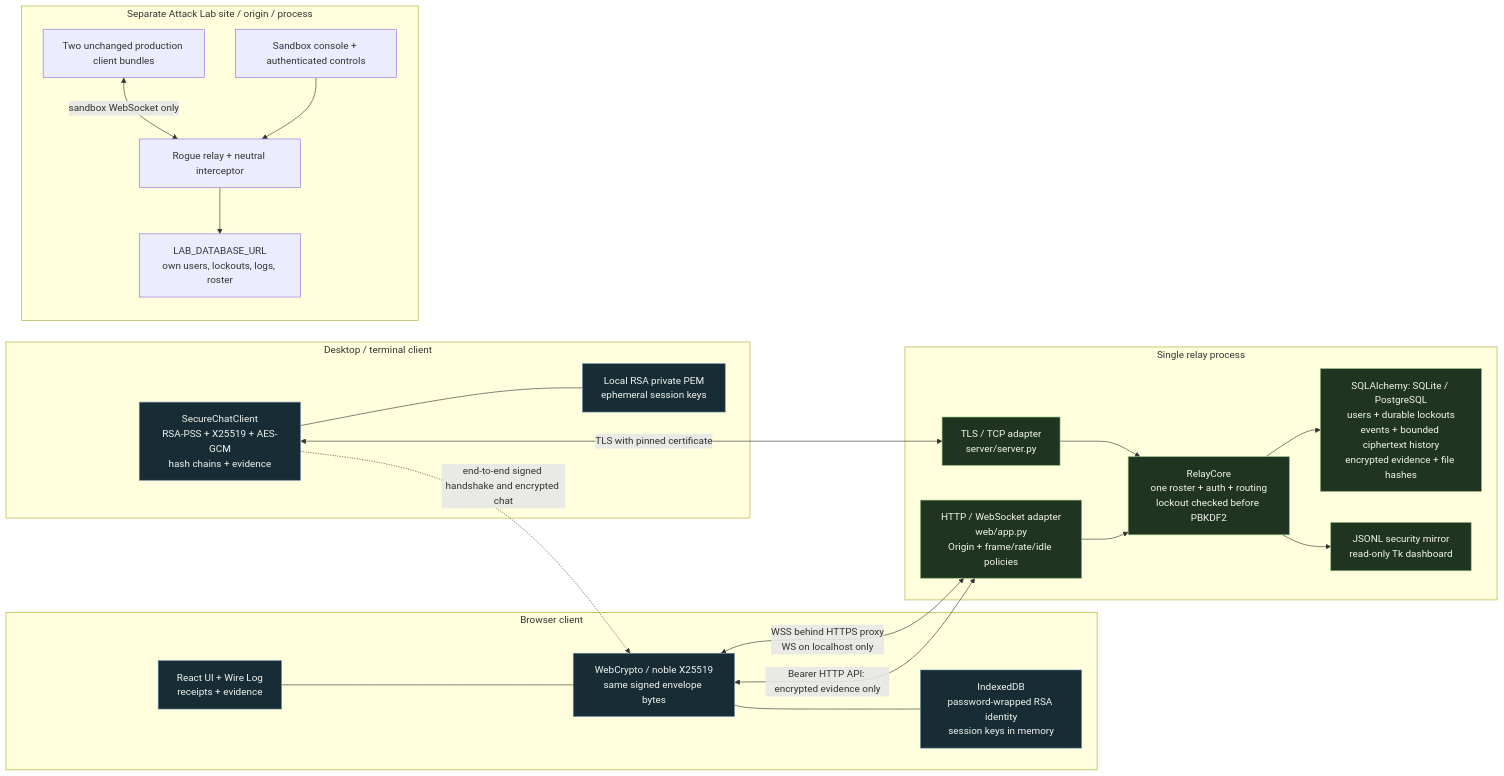
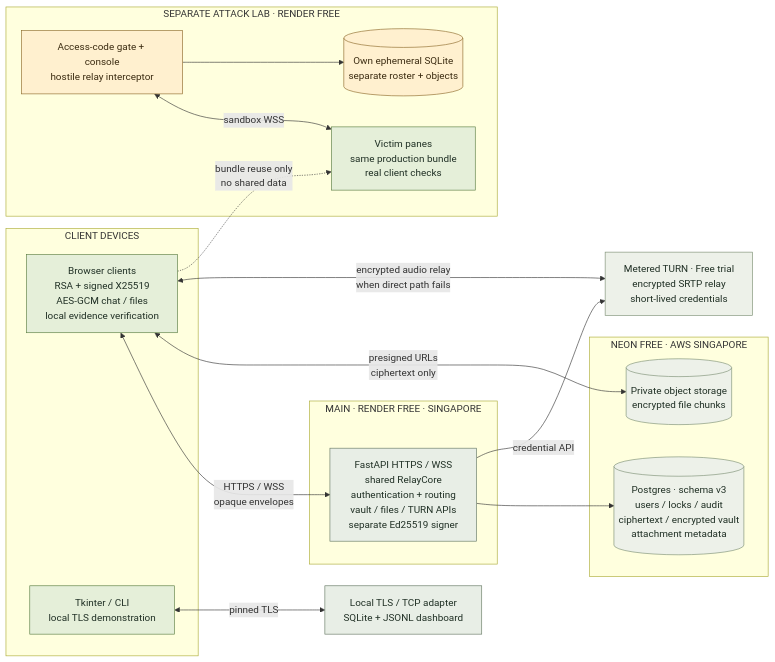
The diagram in docs/architecture.md (sharansp95-rgb/CNS-Project), drawn with Mermaid before and after one commit. The commit also changed other lines of this file and 47 other files, not shown here.

````diff
--- a/docs/architecture.md
+++ b/docs/architecture.md
@@ -37,43 +37,38 @@
 ```mermaid
 flowchart LR
-    subgraph Desktop["Desktop / terminal client"]
-        P["SecureChatClient<br/>RSA-PSS + X25519 + AES-GCM<br/>hash chains + evidence"]
-        PK["Local RSA private PEM<br/>ephemeral session keys"]
-        P --- PK
-    end
-    subgraph Browser["Browser client"]
-        UI["React UI + Wire Log<br/>receipts + evidence"]
-        C["WebCrypto / noble X25519<br/>same signed envelope bytes"]
-        BK["IndexedDB<br/>password-wrapped RSA identity<br/>session keys in memory"]
-        UI --- C
-        C --- BK
-    end
-    subgraph Relay["Single relay process"]
-        TCP["TLS / TCP adapter<br/>server/server.py"]
-        WS["HTTP / WebSocket adapter<br/>web/app.py<br/>Origin + frame/rate/idle policies"]
-        CORE["RelayCore<br/>one roster + auth + routing<br/>lockout checked before PBKDF2"]
-        DB["SQLAlchemy: SQLite / PostgreSQL<br/>users + durable lockouts<br/>events + bounded ciphertext history<br/>encrypted evidence + file hashes"]
-        LOG["JSONL security mirror<br/>read-only Tk dashboard"]
-        TCP --> CORE
-        WS --> CORE
-        CORE --> DB
-        CORE --> LOG
-    end
-    P <-->|"TLS with pinned certificate"| TCP
-    C <-->|"WSS behind HTTPS proxy<br/>WS on localhost only"| WS
-    P -. "end-to-end signed handshake and encrypted chat" .-> C
-    C <-->|"Bearer HTTP API: encrypted evidence only"| WS
-    subgraph Lab["Separate Attack Lab site / origin / process"]
-        V["Two unchanged production client bundles"]
-        A["Sandbox console + authenticated controls"]
-        R["Rogue relay + neutral interceptor"]
-        LDB["LAB_DATABASE_URL<br/>own users, lockouts, logs, roster"]
-        V <-->|"sandbox WebSocket only"| R
-        A --> R
-        R --> LDB
-    end
-    classDef local fill:#182c35,color:#f2f5f0,stroke:#668eaa;
-    classDef relay fill:#203521,color:#f2f5f0,stroke:#8fba7a;
-    class P,PK,UI,C,BK local;
-    class TCP,WS,CORE,DB,LOG relay;
+  subgraph devices["CLIENT DEVICES"]
+    A["Browser clients<br/>RSA + signed X25519<br/>AES-GCM chat / files<br/>local evidence verification"]
+    T["Tkinter / CLI<br/>local TLS demonstration"]
+  end
+  subgraph service["MAIN · RENDER FREE · SINGAPORE"]
+    W["FastAPI HTTPS / WSS<br/>shared RelayCore<br/>authentication + routing<br/>vault / files / TURN APIs<br/>separate Ed25519 signer"]
+  end
+  subgraph neon["NEON FREE · AWS SINGAPORE"]
+    DB[("Postgres · schema v3<br/>users / locks / audit<br/>ciphertext / encrypted vault<br/>attachment metadata")]
+    OBJ[("Private object storage<br/>encrypted file chunks")]
+  end
+  TURN["Metered TURN · Free trial<br/>encrypted SRTP relay<br/>short-lived credentials"]
+  LOCAL["Local TLS / TCP adapter<br/>SQLite + JSONL dashboard"]
+  subgraph sandbox["SEPARATE ATTACK LAB · RENDER FREE"]
+    CON["Access-code gate + console<br/>hostile relay interceptor"]
+    V["Victim panes<br/>same production bundle<br/>real client checks"]
+    L[("Own ephemeral SQLite<br/>separate roster + objects")]
+    CON <-->|"sandbox WSS"| V
+    CON --> L
+  end
+  A <-->|"HTTPS / WSS<br/>opaque envelopes"| W
+  W --> DB
+  A <-->|"presigned URLs<br/>ciphertext only"| OBJ
+  A <-->|"encrypted audio relay<br/>when direct path fails"| TURN
+  W -->|"credential API"| TURN
+  T <-->|"pinned TLS"| LOCAL
+  A -.->|"bundle reuse only<br/>no shared data"| V
+  classDef client fill:#e5efd9,stroke:#577b40,color:#203025
+  classDef relay fill:#e8eee6,stroke:#627560,color:#203025
+  classDef data fill:#edf1e9,stroke:#7a8d72,color:#203025
+  classDef sandbox fill:#fff0cf,stroke:#8b6728,color:#3b2b11
+  class A,T,V client
+  class W,LOCAL relay
+  class DB,OBJ,TURN data
+  class CON,L sandbox
 ```
````
